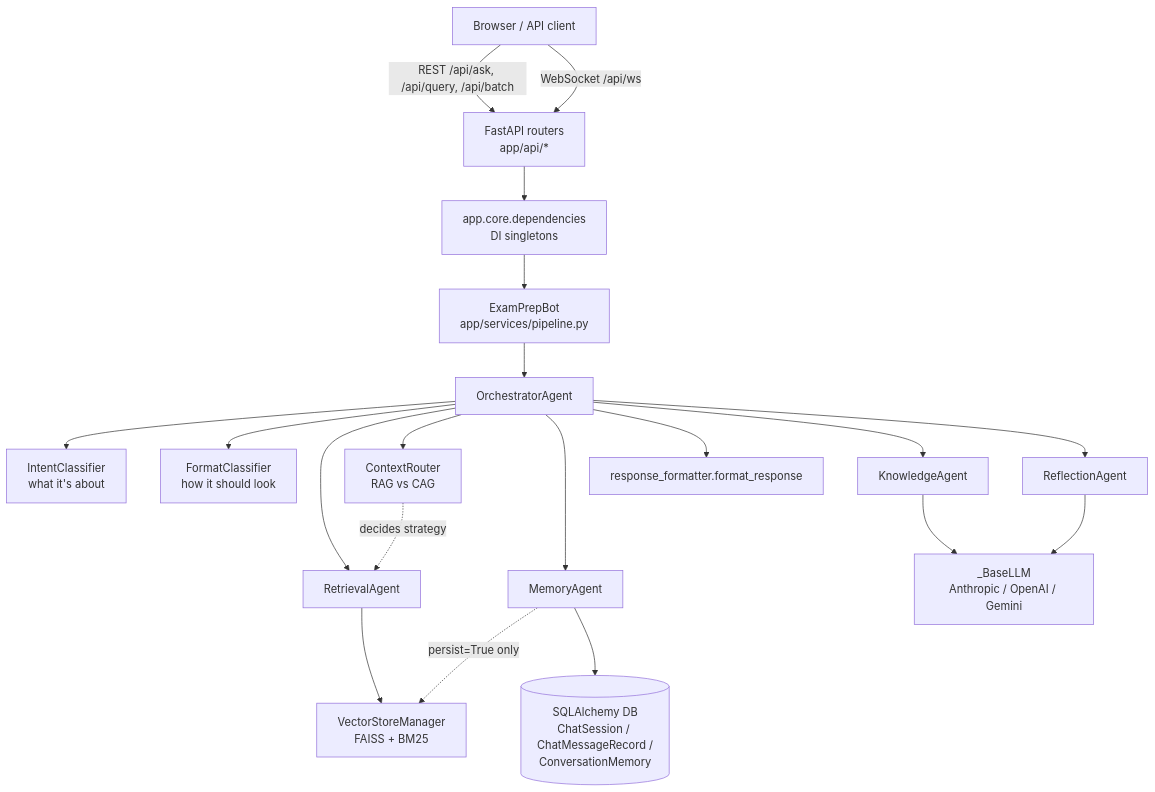
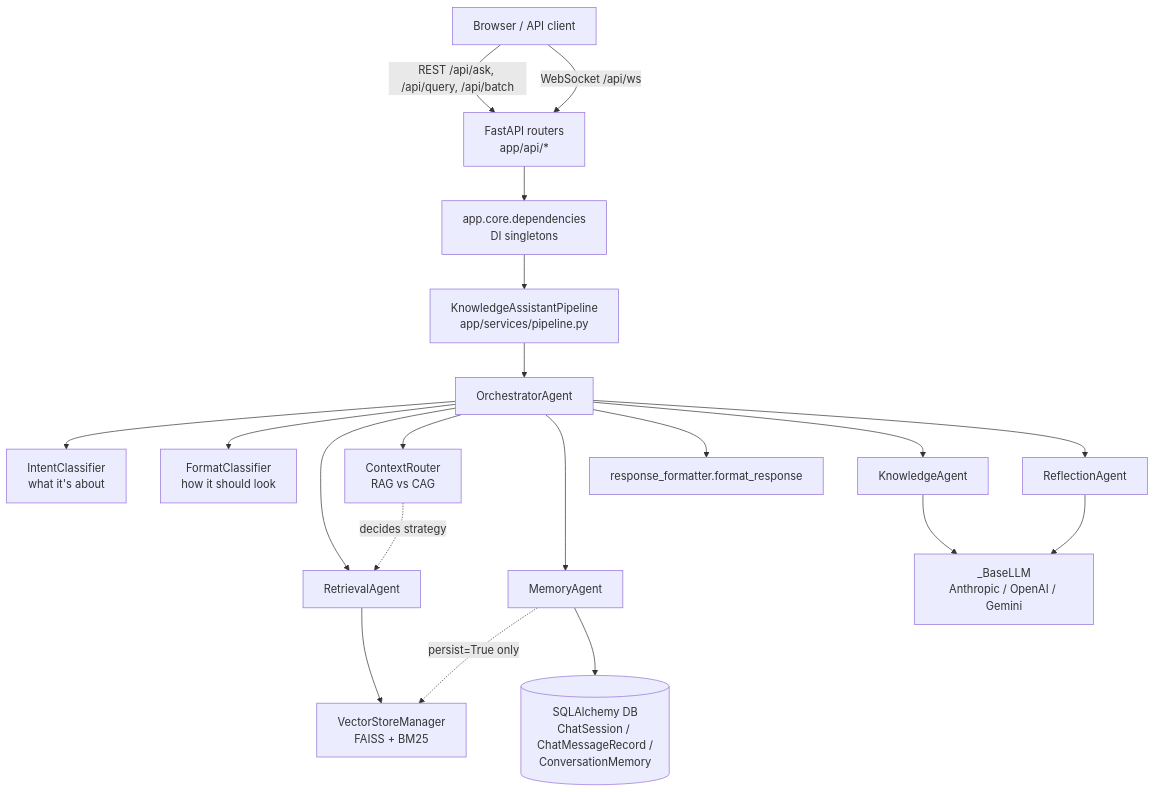
One commit to KSathwik/Exam_Preparation_Bot changed the first of 6 diagrams in docs/ARCHITECTURE.md. Above: the diagram before and after it, drawn with Mermaid. The commit also changed 22 other files, not shown here.

Commit message:
feat: reposition repository to AI Knowledge Assistant with Hybrid RAG, CAG, Domain Presets & RAG parameter controls

````diff
--- a/docs/ARCHITECTURE.md
+++ b/docs/ARCHITECTURE.md
@@ -9,22 +9,22 @@
 ```mermaid
 flowchart TB
     Client[Browser / API client] -->|REST /api/ask, /api/query, /api/batch| API[FastAPI routers<br/>app/api/*]
     Client -->|WebSocket /api/ws| API
     API --> Deps[app.core.dependencies<br/>DI singletons]
-    Deps --> Bot[ExamPrepBot<br/>app/services/pipeline.py]
+    Deps --> Bot[KnowledgeAssistantPipeline<br/>app/services/pipeline.py]
     Bot --> Orchestrator[OrchestratorAgent]
     Orchestrator --> IntentC[IntentClassifier<br/>what it's about]
     Orchestrator --> FormatC[FormatClassifier<br/>how it should look]
     Orchestrator --> ContextR[ContextRouter<br/>RAG vs CAG]
     Orchestrator --> Retrieval[RetrievalAgent]
     Orchestrator --> Knowledge[KnowledgeAgent]
     Orchestrator --> Reflection[ReflectionAgent]
     Orchestrator --> Formatter[response_formatter.format_response]
     Orchestrator --> Memory[MemoryAgent]
     ContextR -.decides strategy.-> Retrieval
     Retrieval --> VSM[VectorStoreManager<br/>FAISS + BM25]
     Knowledge --> LLM[_BaseLLM<br/>Anthropic / OpenAI / Gemini]
     Reflection --> LLM
     Memory --> DB[(SQLAlchemy DB<br/>ChatSession / ChatMessageRecord /<br/>ConversationMemory)]
     Memory -.persist=True only.-> VSM
 ```
````
